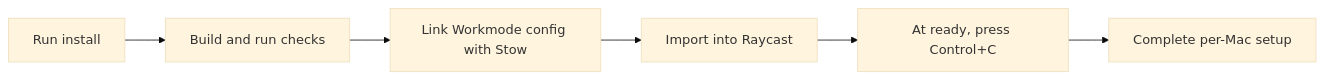
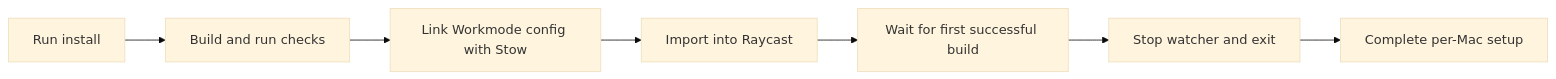
The first of 3 diagrams in docs/modules/raycast.md (rahulnakmol/dotfiles4macOS), drawn with Mermaid (base theme) before and after one commit. The commit also changed other lines of this file and 4 other files, not shown here.

First line of the commit message:
fix(raycast): stop installer watcher safely (#21)

````diff
--- a/docs/modules/raycast.md
+++ b/docs/modules/raycast.md
@@ -63,8 +71,9 @@
 ```mermaid
 flowchart LR
     A[Run install] --> B[Build and run checks]
     B --> C[Link Workmode config with Stow]
     C --> D[Import into Raycast]
-    D --> E[At ready, press Control+C]
-    E --> F[Complete per-Mac setup]
+    D --> E[Wait for first successful build]
+    E --> F[Stop watcher and exit]
+    F --> G[Complete per-Mac setup]
 ```
````
